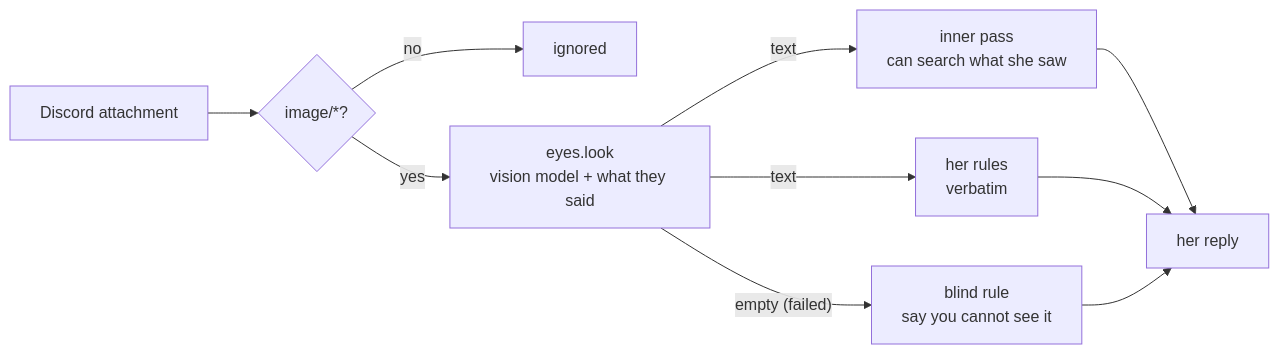
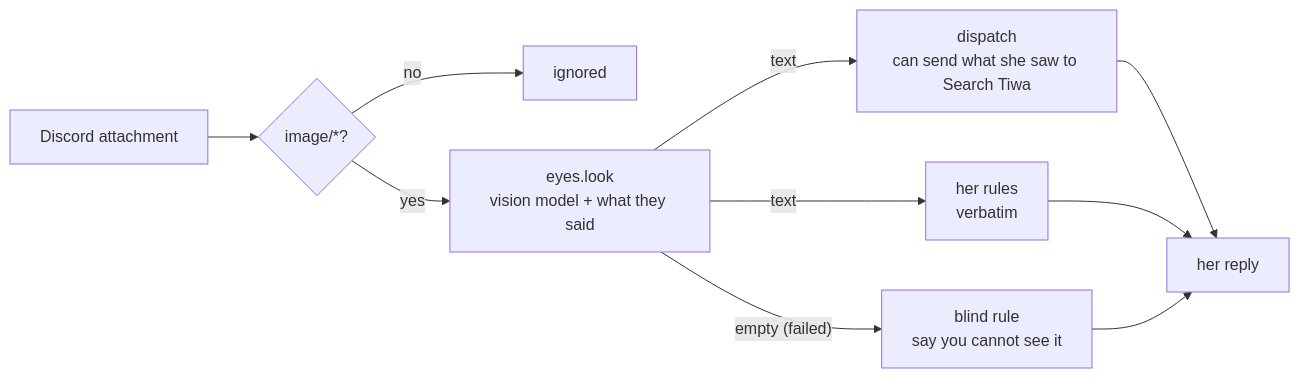
Before and after one commit to krichpapath/Tiwa-Utility-Chatbot: the diagram in docs/surfaces/eyes.md, drawn with Mermaid. The commit also changed other lines of this file and 123 other files, not shown here.

````diff
--- a/docs/surfaces/eyes.md
+++ b/docs/surfaces/eyes.md
@@ -42,12 +42,12 @@
 ```mermaid
 flowchart LR
     A[Discord attachment] --> B{image/*?}
     B -- no --> Z[ignored]
     B -- yes --> C[eyes.look<br/>vision model + what they said]
-    C -- text --> D[inner pass<br/>can search what she saw]
+    C -- text --> D[dispatch<br/>can send what she saw to Search Tiwa]
     C -- text --> E[her rules<br/>verbatim]
     C -- "empty (failed)" --> F[blind rule<br/>say you cannot see it]
     D --> G[her reply]
     E --> G
     F --> G
 ```
````
